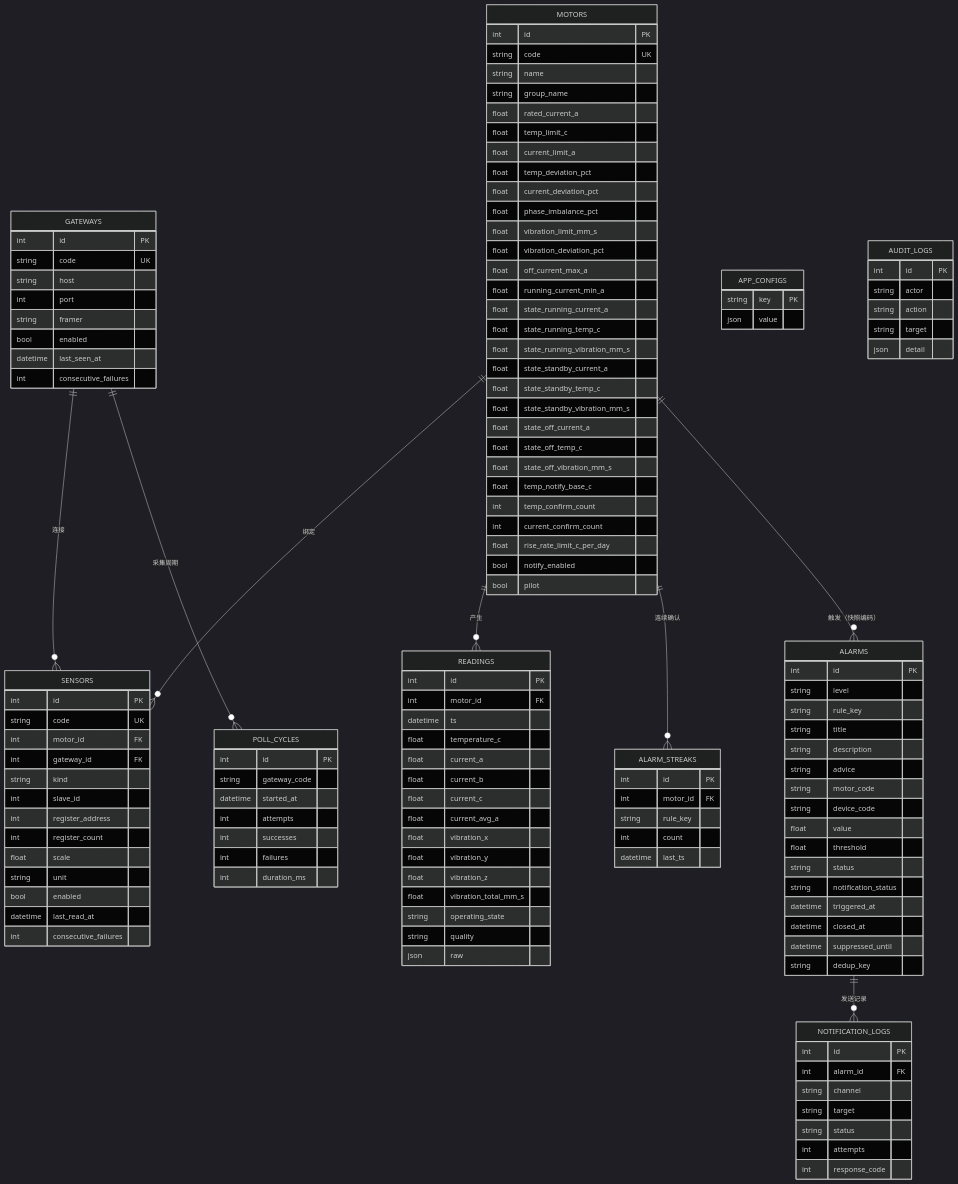
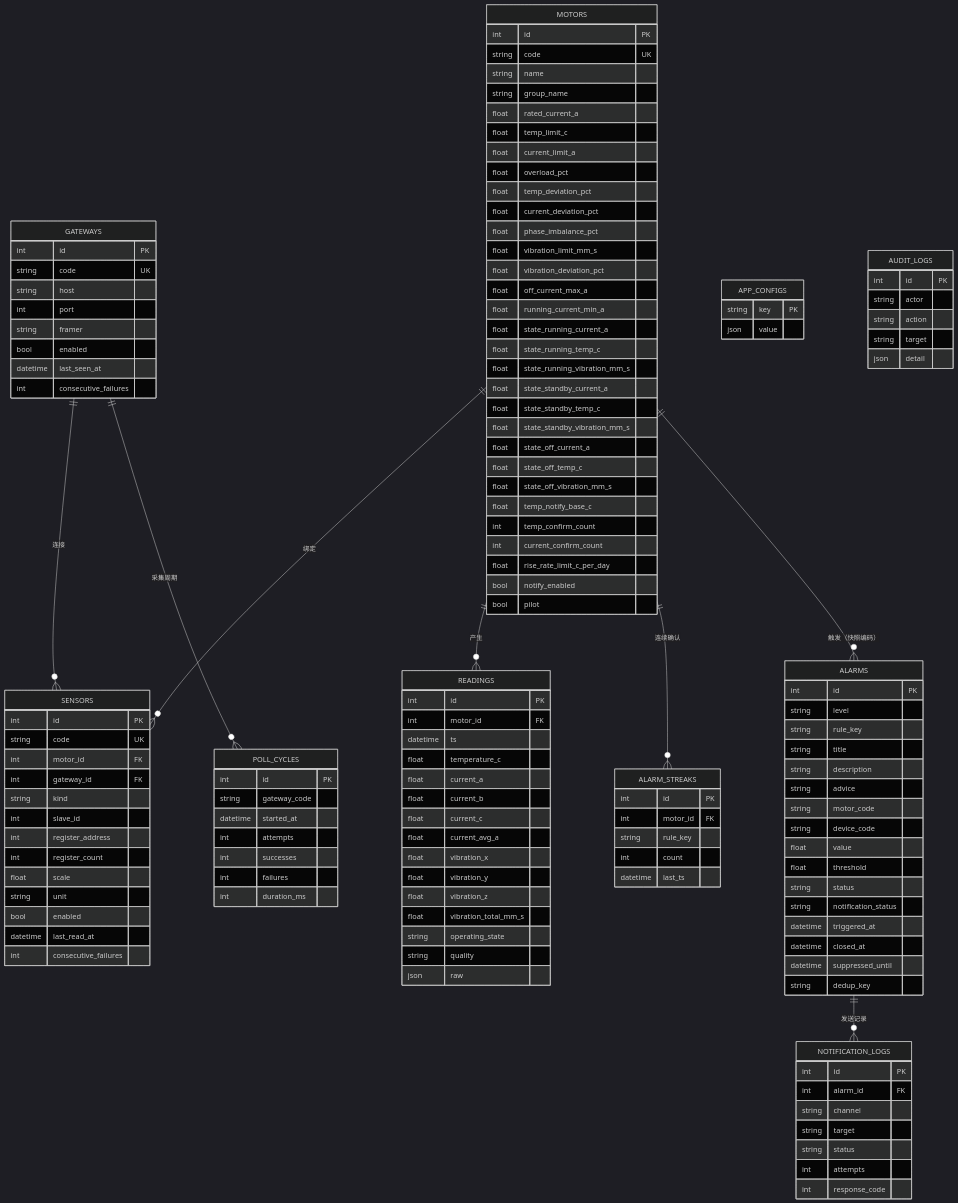
Before and after one commit to fuqin123/motor_testing_system: the second of 2 diagrams in docs/02-整体框架设计.md, drawn with Mermaid (dark theme). The commit also changed other lines of this file and 8 other files, not shown here.

```diff
--- a/docs/02-整体框架设计.md
+++ b/docs/02-整体框架设计.md
@@ -109,6 +109,7 @@
         float rated_current_a
         float temp_limit_c
         float current_limit_a
+        float overload_pct
         float temp_deviation_pct
         float current_deviation_pct
         float phase_imbalance_pct
```
